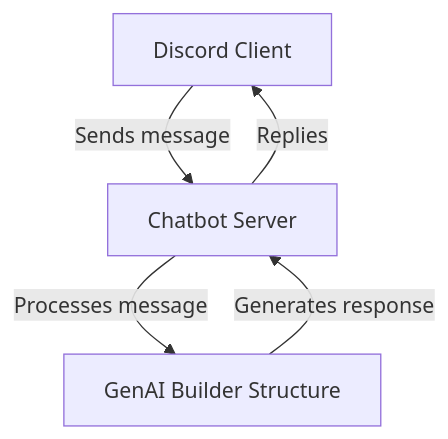
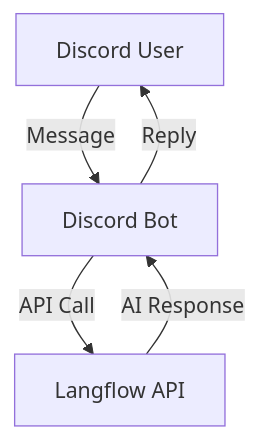
Before and after one commit to goto-satoru/edb-pgai-chatbot-discord: the diagram in README.md, drawn with Mermaid. The commit also changed other lines of this file and 2 other files, not shown here.

Commit message:
using Langflow API(w/o HM)

````diff
--- a/README.md
+++ b/README.md
@@ -20,7 +22,7 @@
-```mermaid          
+```mermaid
 graph TD;
-    A[Discord Client] -->|Sends message| B[Chatbot Server]
-    B -->|Processes message| C[GenAI Builder Structure]
-    C -->|Generates response| B
-    B -->|Replies| A
+   A[Discord User] -->|Message| B[Discord Bot]
+   B -->|API Call| C[Langflow API]
+   C -->|AI Response| B
+   B -->|Reply| A
 ```
````
